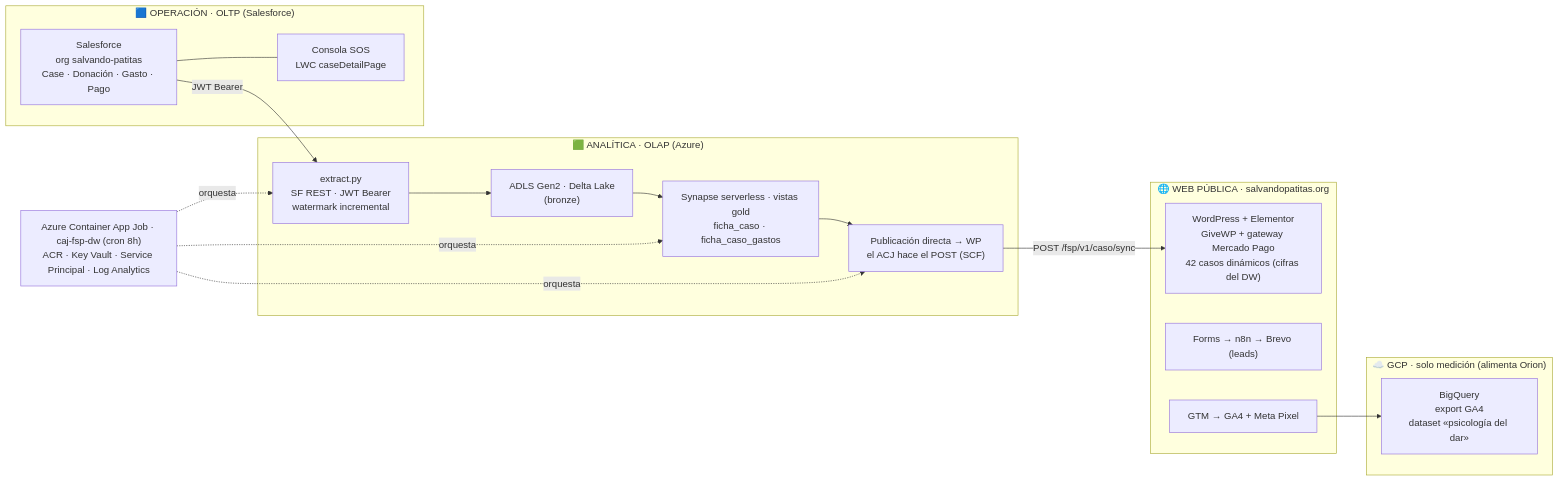
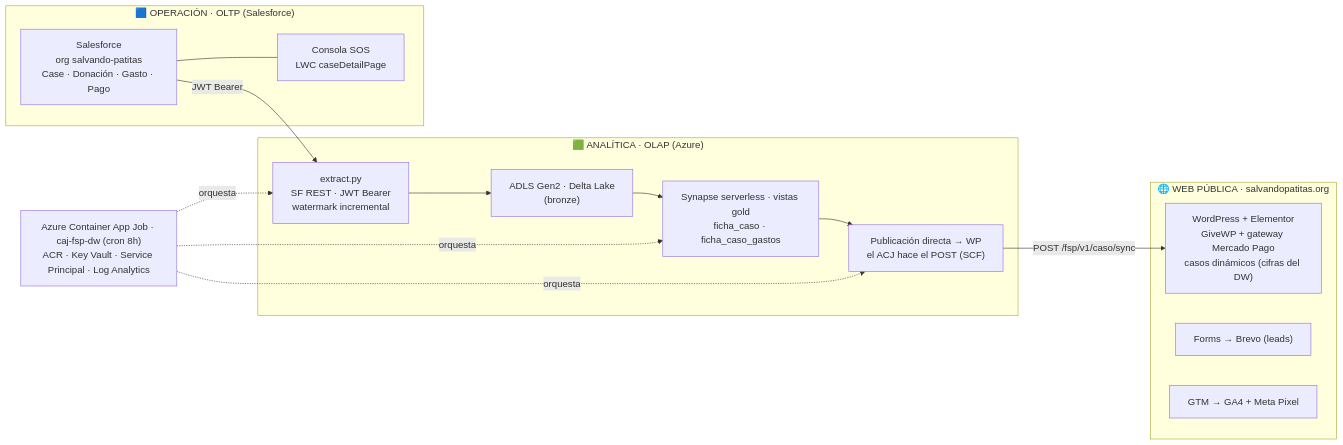
The first of 6 diagrams in docs/atlas/README.md (VladislavMarinovich/portafolio), drawn with Mermaid before and after one commit. The commit also changed other lines of this file and 4 other files, not shown here.

````diff
--- a/docs/atlas/README.md
+++ b/docs/atlas/README.md
@@ -20,30 +20,26 @@
 ```mermaid
 flowchart LR
     subgraph OLTP["🟦 OPERACIÓN · OLTP (Salesforce)"]
         SF["Salesforce<br/>org salvando-patitas<br/>Case · Donación · Gasto · Pago"]
         CONSOLA["Consola SOS<br/>LWC caseDetailPage"]
         SF --- CONSOLA
     end
     subgraph OLAP["🟩 ANALÍTICA · OLAP (Azure)"]
         EXTRACT["extract.py<br/>SF REST · JWT Bearer<br/>watermark incremental"]
         BRONZE["ADLS Gen2 · Delta Lake<br/>(bronze)"]
         GOLD["Synapse serverless · vistas gold<br/>ficha_caso · ficha_caso_gastos"]
         PUBLISH["Publicación directa → WP<br/>el ACJ hace el POST (SCF)"]
         EXTRACT --> BRONZE --> GOLD --> PUBLISH
     end
     subgraph WEB["🌐 WEB PÚBLICA · salvandopatitas.org"]
-        WP["WordPress + Elementor<br/>GiveWP + gateway Mercado Pago<br/>42 casos dinámicos (cifras del DW)"]
-        LEADS["Forms → n8n → Brevo (leads)"]
+        WP["WordPress + Elementor<br/>GiveWP + gateway Mercado Pago<br/>casos dinámicos (cifras del DW)"]
+        LEADS["Forms → Brevo (leads)"]
         MEDICION["GTM → GA4 + Meta Pixel"]
-    end
-    subgraph GCP["☁️ GCP · solo medición (alimenta Orion)"]
-        BQ["BigQuery<br/>export GA4<br/>dataset «psicología del dar»"]
     end
     SF -- "JWT Bearer" --> EXTRACT
     PUBLISH -- "POST /fsp/v1/caso/sync" --> WP
-    MEDICION --> BQ
     JOB["Azure Container App Job · caj-fsp-dw (cron 8h)<br/>ACR · Key Vault · Service Principal · Log Analytics"]
     JOB -. orquesta .-> EXTRACT
     JOB -. orquesta .-> GOLD
     JOB -. orquesta .-> PUBLISH
 ```
````
